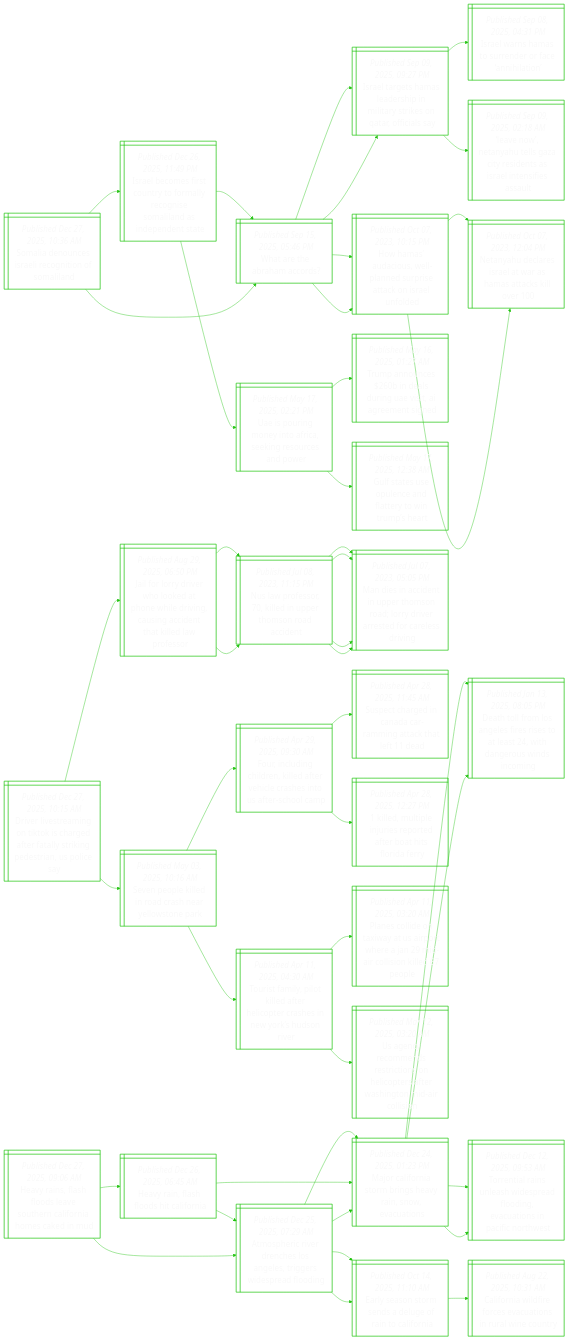
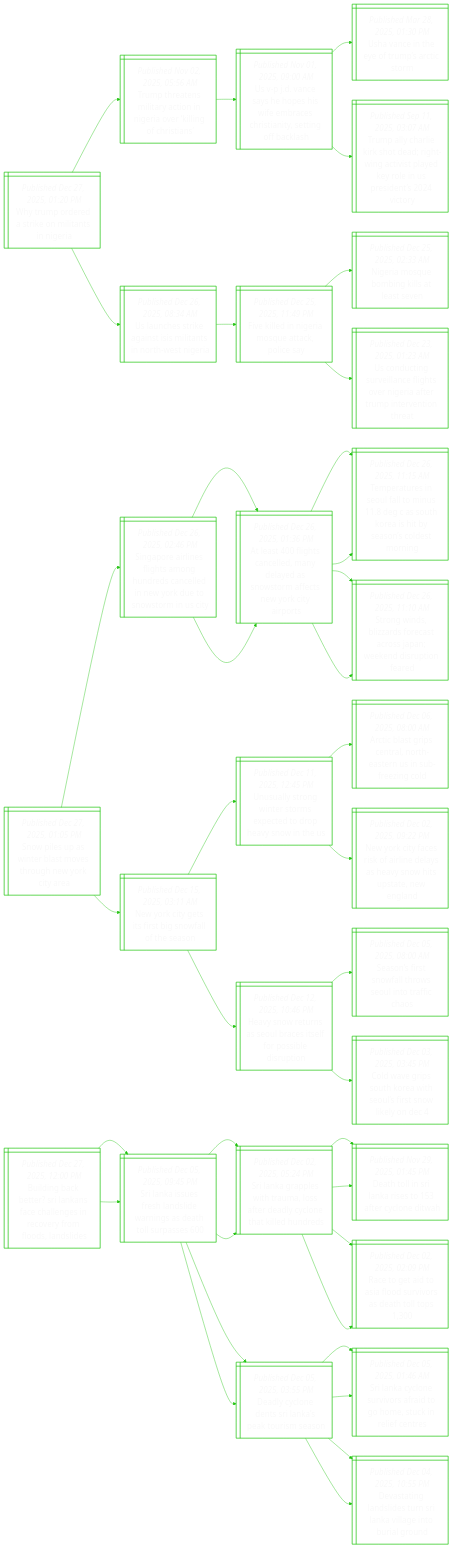
One commit to notJmes/notJmes changed the diagram in README.md. Above: the diagram before and after it, drawn with Mermaid. The commit also changed other lines of this file, not shown here.

````diff
--- a/README.md
+++ b/README.md
@@ -16,139 +16,124 @@
 flowchart LR
 classDef txtsize font-size:20px;
 
-Siosectfld@{ shape: win-pane, label: "_Published Dec 27, 2025, 10:36 AM_
-Somalia denounces israeli recognition of somaliland" }
-Ilmrutmrnolspnt@{ shape: win-pane, label: "_Published Dec 26, 2025, 11:49 PM_
-Israel becomes first country to formally recognise somaliland as independent state" }
-WrAao@{ shape: win-pane, label: "_Published Sep 15, 2025, 05:46 PM_
-What are the abraham accords?" }
-Ilemahmaroais@{ shape: win-pane, label: "_Published Sep 09, 2025, 09:27 PM_
-Israel targets hamas leadership in military strikes on qatar, officials say" }
-Hmdulnrecsud@{ shape: win-pane, label: "_Published Oct 07, 2023, 10:15 PM_
-How hamas’ audacious, well-planned surprise attack on israel unfolded" }
-Upneockecdr@{ shape: win-pane, label: "_Published May 17, 2025, 02:21 PM_
-Uae is pouring money into africa, seeking resources and power" }
-TaniliEtrnn@{ shape: win-pane, label: "_Published May 16, 2025, 01:27 AM_
-Trump announces $260b in deals during uae visit, ai agreement signed" }
-Gtuuelrima@{ shape: win-pane, label: "_Published May 17, 2025, 12:38 AM_
-Gulf states use opulence and flattery to win trump’s heart" }
-WrAao@{ shape: win-pane, label: "_Published Sep 15, 2025, 05:46 PM_
-What are the abraham accords?" }
-Ilemahmaroais@{ shape: win-pane, label: "_Published Sep 09, 2025, 09:27 PM_
-Israel targets hamas leadership in military strikes on qatar, officials say" }
-Ilssreana@{ shape: win-pane, label: "_Published Sep 08, 2025, 04:31 PM_
-Israel warns hamas to surrender or face ‘annihilation’" }
-Lnthlareseeis@{ shape: win-pane, label: "_Published Sep 09, 2025, 02:18 AM_
-‘leave now’, netanyahu tells gaza city residents as israel intensifies assault" }
-Hmdulnrecsud@{ shape: win-pane, label: "_Published Oct 07, 2023, 10:15 PM_
-How hamas’ audacious, well-planned surprise attack on israel unfolded" }
-NyeeawHakl@{ shape: win-pane, label: "_Published Oct 07, 2023, 12:04 PM_
-Netanyahu declares israel at war as hamas attacks kill over 100" }
-NyeeawHakl@{ shape: win-pane, label: "_Published Oct 07, 2023, 12:04 PM_
-Netanyahu declares israel at war as hamas attacks kill over 100" }
+WudakinNi@{ shape: win-pane, label: "_Published Dec 27, 2025, 01:20 PM_
+Why trump ordered a strike on militants in nigeria" }
+TttiriNiriCt@{ shape: win-pane, label: "_Published Nov 02, 2025, 05:56 AM_
+Trump threatens military action in nigeria over ‘killing of christians’" }
+UDehewmeinegas@{ shape: win-pane, label: "_Published Nov 01, 2025, 09:00 AM_
+Us v-p j.d. vance says he hopes his wife embraces christianity, setting off backlash" }
+UanyrAcm@{ shape: win-pane, label: "_Published Mar 28, 2025, 01:30 PM_
+Usha vance in the eye of trump’s arctic storm" }
+TahesegnipdoUstt@{ shape: win-pane, label: "_Published Sep 11, 2025, 03:07 AM_
+Trump ally charlie kirk shot dead; right-wing activist played key role in us president’s 2024 victory" }
+UnsenIisrse@{ shape: win-pane, label: "_Published Dec 26, 2025, 08:34 AM_
+Us launches strike against isis militants in north-west nigeria" }
+Fiieoakc@{ shape: win-pane, label: "_Published Dec 25, 2025, 11:49 PM_
+Five killed in nigeria mosque attack, police say" }
+Niqmkase@{ shape: win-pane, label: "_Published Dec 25, 2025, 02:33 AM_
+Nigeria mosque bombing kills at least seven" }
+UdnvalsNiemeth@{ shape: win-pane, label: "_Published Dec 23, 2025, 01:23 AM_
+Us conducting surveillance flights over nigeria after trump intervention threat" }
 
-Siosectfld:::txtsize --> Ilmrutmrnolspnt:::txtsize
-Ilmrutmrnolspnt:::txtsize --> WrAao:::txtsize
-WrAao:::txtsize --> Ilemahmaroais:::txtsize
-WrAao:::txtsize --> Hmdulnrecsud:::txtsize
-Ilmrutmrnolspnt:::txtsize --> Upneockecdr:::txtsize
-Upneockecdr:::txtsize --> TaniliEtrnn:::txtsize
-Upneockecdr:::txtsize --> Gtuuelrima:::txtsize
-Siosectfld:::txtsize --> WrAao:::txtsize
-WrAao:::txtsize --> Ilemahmaroais:::txtsize
-Ilemahmaroais:::txtsize --> Ilssreana:::txtsize
-Ilemahmaroais:::txtsize --> Lnthlareseeis:::txtsize
-WrAao:::txtsize --> Hmdulnrecsud:::txtsize
-Hmdulnrecsud:::txtsize --> NyeeawHakl:::txtsize
-Hmdulnrecsud:::txtsize --> NyeeawHakl:::txtsize
+WudakinNi:::txtsize --> TttiriNiriCt:::txtsize
+TttiriNiriCt:::txtsize --> UDehewmeinegas:::txtsize
+UDehewmeinegas:::txtsize --> UanyrAcm:::txtsize
+UDehewmeinegas:::txtsize --> TahesegnipdoUstt:::txtsize
+WudakinNi:::txtsize --> UnsenIisrse:::txtsize
+UnsenIisrse:::txtsize --> Fiieoakc:::txtsize
+Fiieoakc:::txtsize --> Niqmkase:::txtsize
+Fiieoakc:::txtsize --> UdnvalsNiemeth:::txtsize
 
-Drsmnohdrlrgsnla@{ shape: win-pane, label: "_Published Dec 27, 2025, 10:15 AM_
-Driver livestreaming on tiktok is charged after fatally striking pedestrian, us police say" }
-Jorvoehhrgictkdrs@{ shape: win-pane, label: "_Published Aug 29, 2025, 06:50 PM_
-Jail for lorry driver who looked at phone while driving, causing accident that killed law professor" }
-NwekdpoRcn@{ shape: win-pane, label: "_Published Jul 08, 2023, 11:15 PM_
-Nus law professor, 70, killed in upper thomson road accident" }
-Mecnphnldrsoedn@{ shape: win-pane, label: "_Published Jul 07, 2023, 05:05 PM_
-Man dies in accident in upper thomson road; lorry driver arrested for careless driving" }
-Mecnphnldrsoedn@{ shape: win-pane, label: "_Published Jul 07, 2023, 05:05 PM_
-Man dies in accident in upper thomson road; lorry driver arrested for careless driving" }
-NwekdpoRcn@{ shape: win-pane, label: "_Published Jul 08, 2023, 11:15 PM_
-Nus law professor, 70, killed in upper thomson road accident" }
-Mecnphnldrsoedn@{ shape: win-pane, label: "_Published Jul 07, 2023, 05:05 PM_
-Man dies in accident in upper thomson road; lorry driver arrested for careless driving" }
-Mecnphnldrsoedn@{ shape: win-pane, label: "_Published Jul 07, 2023, 05:05 PM_
-Man dies in accident in upper thomson road; lorry driver arrested for careless driving" }
-Speeoaalor@{ shape: win-pane, label: "_Published May 03, 2025, 10:16 AM_
-Seven people killed in road crash near yellowstone park" }
-FniineeirsUeom@{ shape: win-pane, label: "_Published Apr 29, 2025, 09:30 AM_
-Four, including children, killed after vehicle crashes into us after-school camp" }
-Scrndrnaat@{ shape: win-pane, label: "_Published Apr 28, 2025, 11:45 AM_
-Suspect charged in canada car-ramming attack that left 11 dead" }
-kdineoabiof@{ shape: win-pane, label: "_Published Apr 28, 2025, 12:27 PM_
-1 killed, multiple injuries reported after boat hits florida ferry" }
-Tsillfeprswsoe@{ shape: win-pane, label: "_Published Apr 11, 2025, 04:30 AM_
-Tourist family, pilot killed after helicopter crashes in new york’s hudson river" }
-PsitaSoeaalolo@{ shape: win-pane, label: "_Published Apr 11, 2025, 03:20 AM_
-Planes collide on taxiway at us airport where a jan 29 mid-air collision killed 67 people" }
-Uncnstoietstdoi@{ shape: win-pane, label: "_Published Mar 12, 2025, 03:20 AM_
-Us agency recommends restrictions on helicopters after washington mid-air collision" }
+Sipnlohhota@{ shape: win-pane, label: "_Published Dec 27, 2025, 01:05 PM_
+Snow piles up as winter blast moves through new york city area" }
+Spiegmudcdwdstnt@{ shape: win-pane, label: "_Published Dec 26, 2025, 02:46 PM_
+Singapore airlines flights among hundreds cancelled in new york due to snowstorm in us city" }
+AsgalnassatYirs@{ shape: win-pane, label: "_Published Dec 26, 2025, 01:36 PM_
+At least 400 flights cancelled, many delayed as snowstorm affects new york city airports" }
+Treeamdshatacsn@{ shape: win-pane, label: "_Published Dec 26, 2025, 11:15 AM_
+Temperatures in seoul fall to minus 11.8 deg c as south korea is hit by season’s coldest morning" }
+Sgszfaraedune@{ shape: win-pane, label: "_Published Dec 26, 2025, 11:10 AM_
+Strong winds, blizzards forecast across japan; weekend disruption feared" }
+AsgalnassatYirs@{ shape: win-pane, label: "_Published Dec 26, 2025, 01:36 PM_
+At least 400 flights cancelled, many delayed as snowstorm affects new york city airports" }
+Treeamdshatacsn@{ shape: win-pane, label: "_Published Dec 26, 2025, 11:15 AM_
+Temperatures in seoul fall to minus 11.8 deg c as south korea is hit by season’s coldest morning" }
+Sgszfaraedune@{ shape: win-pane, label: "_Published Dec 26, 2025, 11:10 AM_
+Strong winds, blizzards forecast across japan; weekend disruption feared" }
+Nryirgffe@{ shape: win-pane, label: "_Published Dec 15, 2025, 03:11 AM_
+New york city gets its first big snowfall of the season" }
+UatwrmetpyiU@{ shape: win-pane, label: "_Published Dec 11, 2025, 12:45 PM_
+Unusually strong winter storms expected to drop heavy snow in the us" }
+ActsrrsUuec@{ shape: win-pane, label: "_Published Dec 06, 2025, 08:00 AM_
+Arctic blast grips central, north-eastern us in sub-freezing cold" }
+NrysoleavwutEn@{ shape: win-pane, label: "_Published Dec 02, 2025, 09:22 PM_
+New york city faces risk of airline delays as heavy snow hits upstate, new england" }
+Hsesoatfseun@{ shape: win-pane, label: "_Published Dec 12, 2025, 10:46 PM_
+Heavy snow returns as seoul braces itself for possible disruption" }
+Snswtsltio@{ shape: win-pane, label: "_Published Dec 05, 2025, 08:00 AM_
+Season’s first snowfall throws seoul into traffic chaos" }
+CaiurturoeD@{ shape: win-pane, label: "_Published Dec 03, 2025, 03:45 PM_
+Cold wave grips south korea with seoul’s first snow likely on dec 4" }
 
-Drsmnohdrlrgsnla:::txtsize --> Jorvoehhrgictkdrs:::txtsize
-Jorvoehhrgictkdrs:::txtsize --> NwekdpoRcn:::txtsize
-NwekdpoRcn:::txtsize --> Mecnphnldrsoedn:::txtsize
-NwekdpoRcn:::txtsize --> Mecnphnldrsoedn:::txtsize
-Jorvoehhrgictkdrs:::txtsize --> NwekdpoRcn:::txtsize
-NwekdpoRcn:::txtsize --> Mecnphnldrsoedn:::txtsize
-NwekdpoRcn:::txtsize --> Mecnphnldrsoedn:::txtsize
-Drsmnohdrlrgsnla:::txtsize --> Speeoaalor:::txtsize
-Speeoaalor:::txtsize --> FniineeirsUeom:::txtsize
-FniineeirsUeom:::txtsize --> Scrndrnaat:::txtsize
-FniineeirsUeom:::txtsize --> kdineoabiof:::txtsize
-Speeoaalor:::txtsize --> Tsillfeprswsoe:::txtsize
-Tsillfeprswsoe:::txtsize --> PsitaSoeaalolo:::txtsize
-Tsillfeprswsoe:::txtsize --> Uncnstoietstdoi:::txtsize
+Sipnlohhota:::txtsize --> Spiegmudcdwdstnt:::txtsize
+Spiegmudcdwdstnt:::txtsize --> AsgalnassatYirs:::txtsize
+AsgalnassatYirs:::txtsize --> Treeamdshatacsn:::txtsize
+AsgalnassatYirs:::txtsize --> Sgszfaraedune:::txtsize
+Spiegmudcdwdstnt:::txtsize --> AsgalnassatYirs:::txtsize
+AsgalnassatYirs:::txtsize --> Treeamdshatacsn:::txtsize
+AsgalnassatYirs:::txtsize --> Sgszfaraedune:::txtsize
+Sipnlohhota:::txtsize --> Nryirgffe:::txtsize
+Nryirgffe:::txtsize --> UatwrmetpyiU:::txtsize
+UatwrmetpyiU:::txtsize --> ActsrrsUuec:::txtsize
+UatwrmetpyiU:::txtsize --> NrysoleavwutEn:::txtsize
+Nryirgffe:::txtsize --> Hsesoatfseun:::txtsize
+Hsesoatfseun:::txtsize --> Snswtsltio:::txtsize
+Hsesoatfseun:::txtsize --> CaiurturoeD:::txtsize
 
-Hrffseharoan@{ shape: win-pane, label: "_Published Dec 27, 2025, 09:06 AM_
-Heavy rains, flash floods leave southern california homes caked in mud" }
-Hrllhln@{ shape: win-pane, label: "_Published Dec 26, 2025, 06:45 AM_
-Heavy rain, flash floods hit california" }
-Apcrcoerreao@{ shape: win-pane, label: "_Published Dec 25, 2025, 07:29 AM_
-Atmospheric river drenches los angeles, triggers widespread flooding" }
-MCosbsysvt@{ shape: win-pane, label: "_Published Dec 24, 2025, 01:23 PM_
-Major california storm brings heavy rain, snow, evacuations" }
-Esnmsurofa@{ shape: win-pane, label: "_Published Oct 14, 2025, 11:10 AM_
-Early season storm sends a deluge of rain to california" }
-MCosbsysvt@{ shape: win-pane, label: "_Published Dec 24, 2025, 01:23 PM_
-Major california storm brings heavy rain, snow, evacuations" }
-Dtrslrsashewii@{ shape: win-pane, label: "_Published Jan 13, 2025, 08:05 PM_
-Death toll from los angeles fires rises to at least 24, with dangerous winds incoming" }
-TnruseaoeascNw@{ shape: win-pane, label: "_Published Dec 12, 2025, 09:53 AM_
-Torrential rains unleash widespread flooding, evacuations in pacific northwest" }
-Apcrcoerreao@{ shape: win-pane, label: "_Published Dec 25, 2025, 07:29 AM_
-Atmospheric river drenches los angeles, triggers widespread flooding" }
-MCosbsysvt@{ shape: win-pane, label: "_Published Dec 24, 2025, 01:23 PM_
-Major california storm brings heavy rain, snow, evacuations" }
-Dtrslrsashewii@{ shape: win-pane, label: "_Published Jan 13, 2025, 08:05 PM_
-Death toll from los angeles fires rises to at least 24, with dangerous winds incoming" }
-TnruseaoeascNw@{ shape: win-pane, label: "_Published Dec 12, 2025, 09:53 AM_
-Torrential rains unleash widespread flooding, evacuations in pacific northwest" }
-Esnmsurofa@{ shape: win-pane, label: "_Published Oct 14, 2025, 11:10 AM_
-Early season storm sends a deluge of rain to california" }
-Cowirvtiaet@{ shape: win-pane, label: "_Published Aug 22, 2025, 10:31 AM_
-California wildfire forces evacuations in rural wine country" }
+Bictiacleermdde@{ shape: win-pane, label: "_Published Dec 27, 2025, 12:00 PM_
+Building back better? sri lankans face challenges in recovery from floods, landslides" }
+Snsrairsalps@{ shape: win-pane, label: "_Published Dec 05, 2025, 09:45 PM_
+Sri lanka issues fresh landslide warnings as death toll surpasses 600" }
+Snastaadyoalns@{ shape: win-pane, label: "_Published Dec 02, 2025, 05:24 PM_
+Sri lanka grapples with trauma, loss after deadly cyclone that killed hundreds" }
+Dtnaiorot@{ shape: win-pane, label: "_Published Nov 29, 2025, 01:45 PM_
+Death toll in sri lanka rises to 153 after cyclone ditwah" }
+Roisorreop@{ shape: win-pane, label: "_Published Dec 02, 2025, 02:09 PM_
+Race to get aid to asia flood survivors as death toll tops 1,300" }
+Dyoniakia@{ shape: win-pane, label: "_Published Dec 05, 2025, 03:55 PM_
+Deadly cyclone dents sri lanka’s peak tourism season" }
+Sncsvftourfr@{ shape: win-pane, label: "_Published Dec 05, 2025, 01:46 AM_
+Sri lanka cyclone survivors afraid to go home, stuck in relief centres" }
+DtgssSnliugd@{ shape: win-pane, label: "_Published Dec 04, 2025, 10:55 PM_
+Devastating landslides turn sri lanka village into burial ground" }
+Snsrairsalps@{ shape: win-pane, label: "_Published Dec 05, 2025, 09:45 PM_
+Sri lanka issues fresh landslide warnings as death toll surpasses 600" }
+Snastaadyoalns@{ shape: win-pane, label: "_Published Dec 02, 2025, 05:24 PM_
+Sri lanka grapples with trauma, loss after deadly cyclone that killed hundreds" }
+Dtnaiorot@{ shape: win-pane, label: "_Published Nov 29, 2025, 01:45 PM_
+Death toll in sri lanka rises to 153 after cyclone ditwah" }
+Roisorreop@{ shape: win-pane, label: "_Published Dec 02, 2025, 02:09 PM_
+Race to get aid to asia flood survivors as death toll tops 1,300" }
+Dyoniakia@{ shape: win-pane, label: "_Published Dec 05, 2025, 03:55 PM_
+Deadly cyclone dents sri lanka’s peak tourism season" }
+Sncsvftourfr@{ shape: win-pane, label: "_Published Dec 05, 2025, 01:46 AM_
+Sri lanka cyclone survivors afraid to go home, stuck in relief centres" }
+DtgssSnliugd@{ shape: win-pane, label: "_Published Dec 04, 2025, 10:55 PM_
+Devastating landslides turn sri lanka village into burial ground" }
 
-Hrffseharoan:::txtsize --> Hrllhln:::txtsize
-Hrllhln:::txtsize --> Apcrcoerreao:::txtsize
-Apcrcoerreao:::txtsize --> MCosbsysvt:::txtsize
-Apcrcoerreao:::txtsize --> Esnmsurofa:::txtsize
-Hrllhln:::txtsize --> MCosbsysvt:::txtsize
-MCosbsysvt:::txtsize --> Dtrslrsashewii:::txtsize
-MCosbsysvt:::txtsize --> TnruseaoeascNw:::txtsize
-Hrffseharoan:::txtsize --> Apcrcoerreao:::txtsize
-Apcrcoerreao:::txtsize --> MCosbsysvt:::txtsize
-MCosbsysvt:::txtsize --> Dtrslrsashewii:::txtsize
-MCosbsysvt:::txtsize --> TnruseaoeascNw:::txtsize
-Apcrcoerreao:::txtsize --> Esnmsurofa:::txtsize
-Esnmsurofa:::txtsize --> Cowirvtiaet:::txtsize
+Bictiacleermdde:::txtsize --> Snsrairsalps:::txtsize
+Snsrairsalps:::txtsize --> Snastaadyoalns:::txtsize
+Snastaadyoalns:::txtsize --> Dtnaiorot:::txtsize
+Snastaadyoalns:::txtsize --> Roisorreop:::txtsize
+Snsrairsalps:::txtsize --> Dyoniakia:::txtsize
+Dyoniakia:::txtsize --> Sncsvftourfr:::txtsize
+Dyoniakia:::txtsize --> DtgssSnliugd:::txtsize
+Bictiacleermdde:::txtsize --> Snsrairsalps:::txtsize
+Snsrairsalps:::txtsize --> Snastaadyoalns:::txtsize
+Snastaadyoalns:::txtsize --> Dtnaiorot:::txtsize
+Snastaadyoalns:::txtsize --> Roisorreop:::txtsize
+Snsrairsalps:::txtsize --> Dyoniakia:::txtsize
+Dyoniakia:::txtsize --> Sncsvftourfr:::txtsize
+Dyoniakia:::txtsize --> DtgssSnliugd:::txtsize
 
 ```
````
